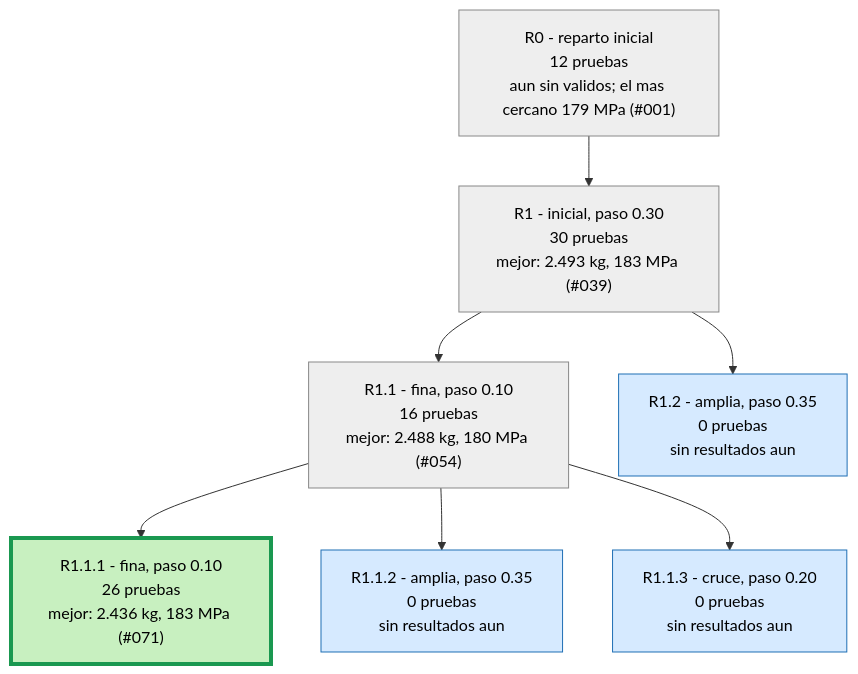
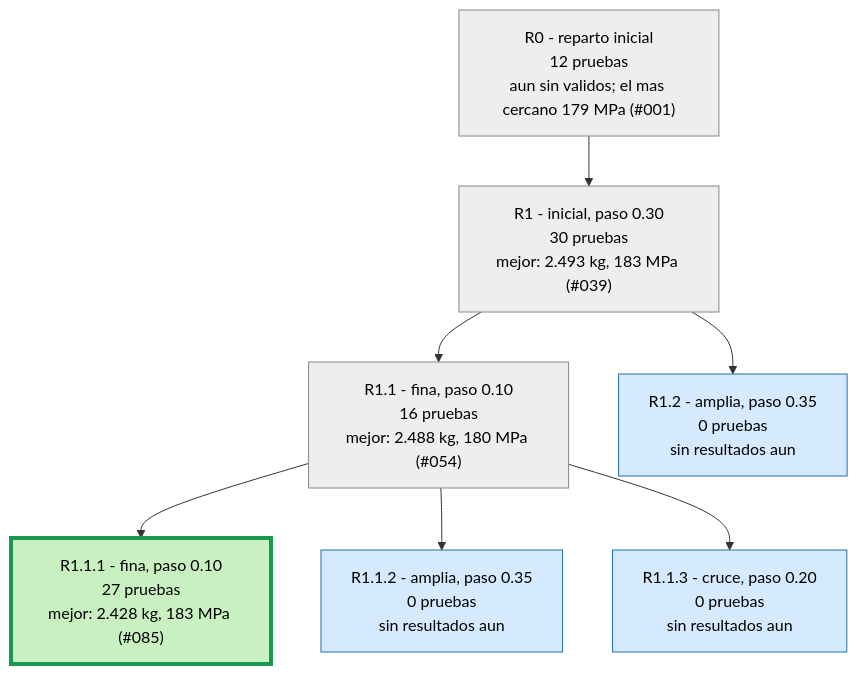
Before and after one commit to Hugiko/msd-soporte-optimizacion: the second of 3 diagrams in runs/opt_37800N/ARBOL.md, drawn with Mermaid. The commit also changed 64 other files, not shown here.

Commit message:
NUEVO MEJOR DISENO: 2.428 kg, 183 MPa (Refuerzo + vaciado 085)

````diff
--- a/runs/opt_37800N/ARBOL.md
+++ b/runs/opt_37800N/ARBOL.md
@@ -25,19 +25,19 @@
 ```mermaid
 graph TD
 classDef activa fill:#d6eaff,stroke:#1f6fb5,color:#000
 classDef fin fill:#eeeeee,stroke:#888,color:#000
 classDef mejor fill:#c8f0c0,stroke:#1a9850,stroke-width:4px,color:#000
 R0["R0 - reparto inicial<br/>12 pruebas<br/>aun sin validos; el mas cercano 179 MPa (#001)"]:::fin
 R1["R1 - inicial, paso 0.30<br/>30 pruebas<br/>mejor: 2.493 kg, 183 MPa (#039)"]:::fin
 R0 --> R1
 R1_1["R1.1 - fina, paso 0.10<br/>16 pruebas<br/>mejor: 2.488 kg, 180 MPa (#054)"]:::fin
 R1 --> R1_1
 R1_2["R1.2 - amplia, paso 0.35<br/>0 pruebas<br/>sin resultados aun"]:::activa
 R1 --> R1_2
-R1_1_1["R1.1.1 - fina, paso 0.10<br/>26 pruebas<br/>mejor: 2.436 kg, 183 MPa (#071)"]:::mejor
+R1_1_1["R1.1.1 - fina, paso 0.10<br/>27 pruebas<br/>mejor: 2.428 kg, 183 MPa (#085)"]:::mejor
 R1_1 --> R1_1_1
 R1_1_2["R1.1.2 - amplia, paso 0.35<br/>0 pruebas<br/>sin resultados aun"]:::activa
 R1_1 --> R1_1_2
 R1_1_3["R1.1.3 - cruce, paso 0.20<br/>0 pruebas<br/>sin resultados aun"]:::activa
 R1_1 --> R1_1_3
 ```
````
